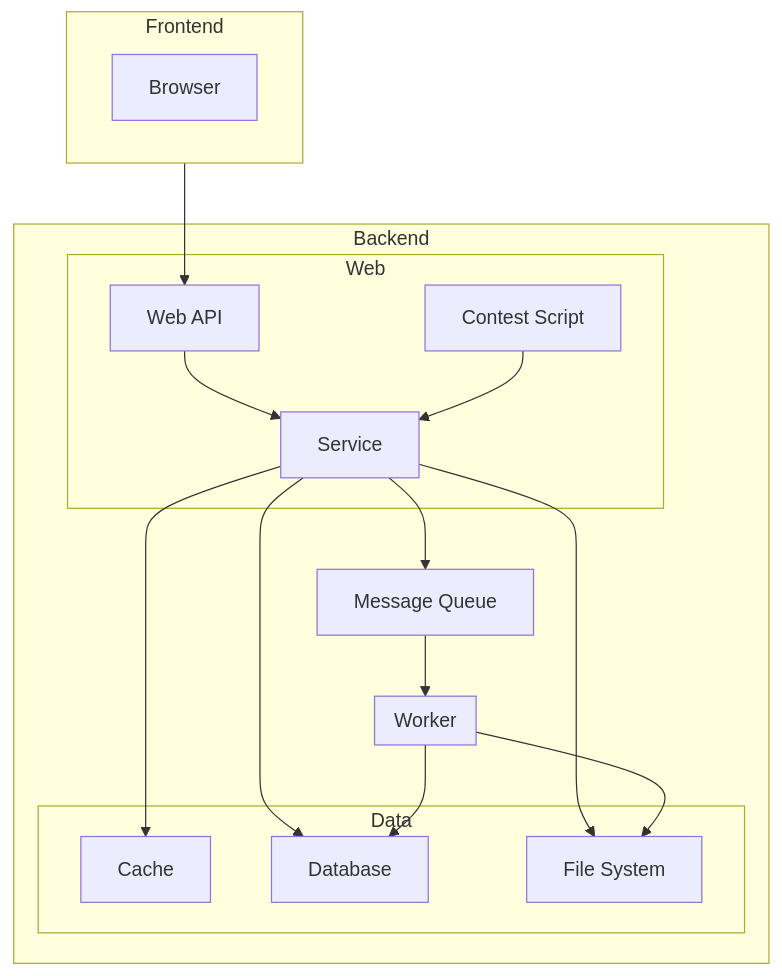
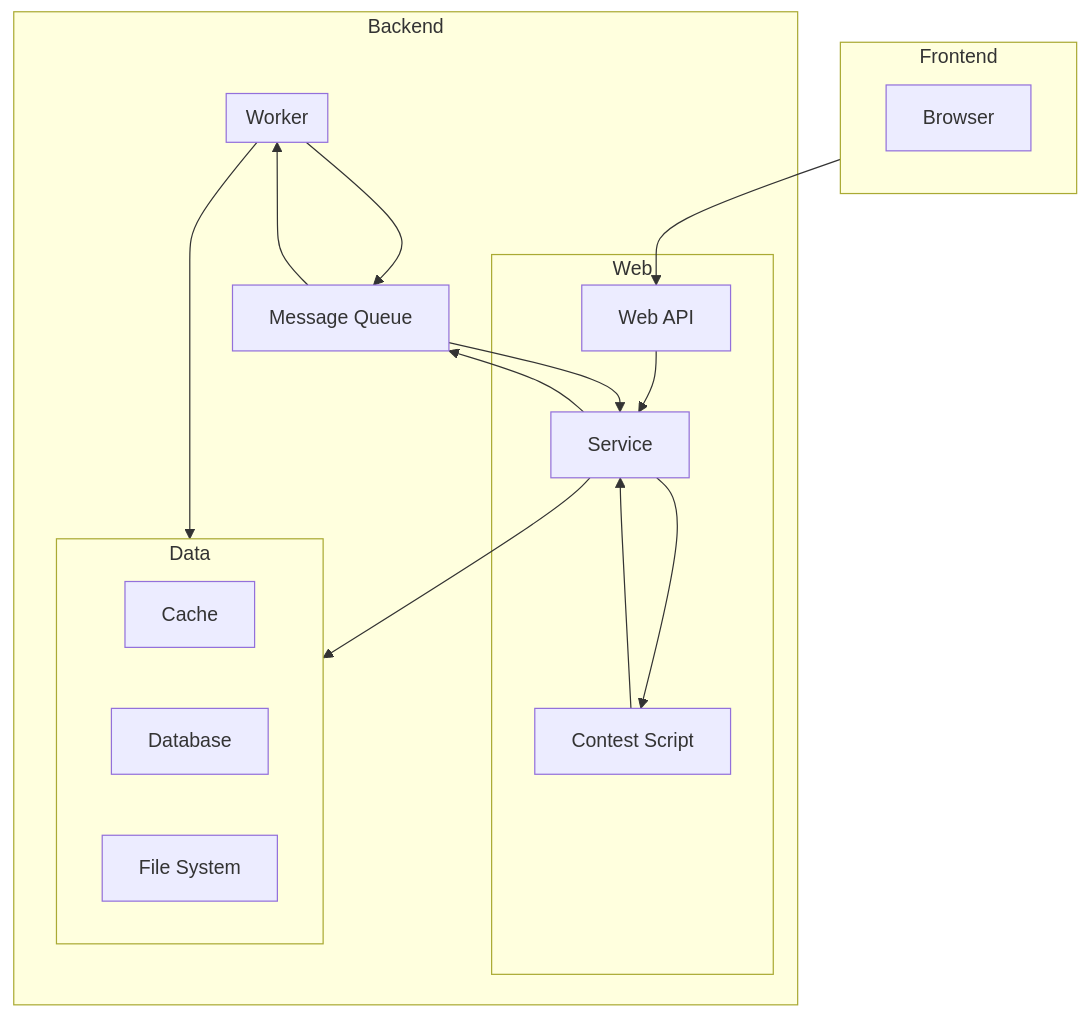
One commit to THUAI-ssast/hiper-docs changed the diagram in docs/dev/arch.zh.md. Above: the diagram before and after it, drawn with Mermaid. The commit also changed 1 other file, not shown here.

Commit message:
Update arch and web arch

````diff
--- a/docs/dev/arch.zh.md
+++ b/docs/dev/arch.zh.md
@@ -5,25 +5,29 @@
 ```mermaid
 graph TD
   subgraph Frontend
     Browser
   end
   Frontend --> B
   subgraph Backend
     subgraph Web
     B[Web API] --> C[Service]
     D[Contest Script] --> C
     end
     C --> MQ[Message Queue]
     subgraph Worker
       
     end
     MQ --> Worker
+
+    C --> Data
     subgraph Data
-    C --> Cache
-    C --> Database
-    C --> File[File System]
+    Cache
+    Database
+    File[File System]
     end
-    Worker --> Database
-    Worker --> File
+    Worker --> Data
   end
+  Worker --> MQ
+  MQ --> C
+  C --> D
 ```
````
